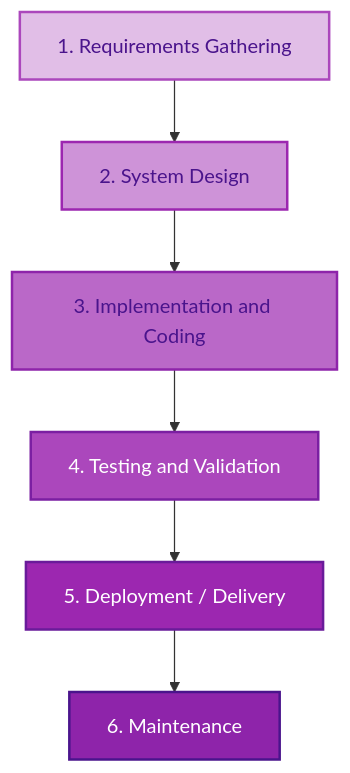
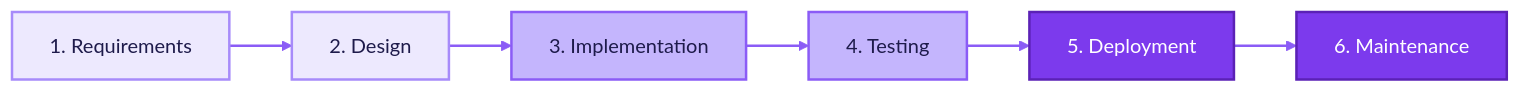
One commit to vdufloth/vdufloth.com changed the first of 2 diagrams in content/blog/management/tech-teams-management.en.md. Above: the diagram before and after it, drawn with Mermaid. The commit also changed other lines of this file and 2 other files, not shown here.

First line of the commit message:
Extend Plex serif design system to articles and pages

````diff
--- a/content/blog/management/tech-teams-management.en.md
+++ b/content/blog/management/tech-teams-management.en.md
@@ -53,25 +53,10 @@
 ```mermaid
-graph TD
-    %% Style definitions with purple gradient
-    classDef lila1 fill:#e1bee7,stroke:#ab47bc,stroke-width:2px,color:#4a148c
-    classDef lila2 fill:#ce93d8,stroke:#9c27b0,stroke-width:2px,color:#4a148c
-    classDef lila3 fill:#ba68c8,stroke:#8e24aa,stroke-width:2px,color:#4a148c
-    classDef lila4 fill:#ab47bc,stroke:#7b1fa2,stroke-width:2px,color:#ffffff
-    classDef lila5 fill:#9c27b0,stroke:#6a1b9a,stroke-width:2px,color:#ffffff
-    classDef lila6 fill:#8e24aa,stroke:#4a148c,stroke-width:2px,color:#ffffff
+flowchart LR
+    A[1. Requirements]:::early ==> B[2. Design]:::early ==> C[3. Implementation]:::mid ==> D[4. Testing]:::mid ==> E[5. Deployment]:::late ==> F[6. Maintenance]:::late
 
-    %% Nodes
-    Req[1. Requirements Gathering]:::lila1
-    Des[2. System Design]:::lila2
-    Imp[3. Implementation and Coding]:::lila3
-    Test[4. Testing and Validation]:::lila4
-    Dep[5. Deployment / Delivery]:::lila5
-    Man[6. Maintenance]:::lila6
+    classDef early fill:#ede9fe,stroke:#a78bfa,stroke-width:2px,color:#1e1b4b
+    classDef mid fill:#c4b5fd,stroke:#8b5cf6,stroke-width:2px,color:#1e1b4b
+    classDef late fill:#7c3aed,stroke:#5b21b6,stroke-width:2px,color:#ffffff
 
-    %% Sequential Flow
-    Req --> Des
-    Des --> Imp
-    Imp --> Test
-    Test --> Dep
-    Dep --> Man
+    linkStyle default stroke:#8b5cf6,stroke-width:2px
 ```
````
